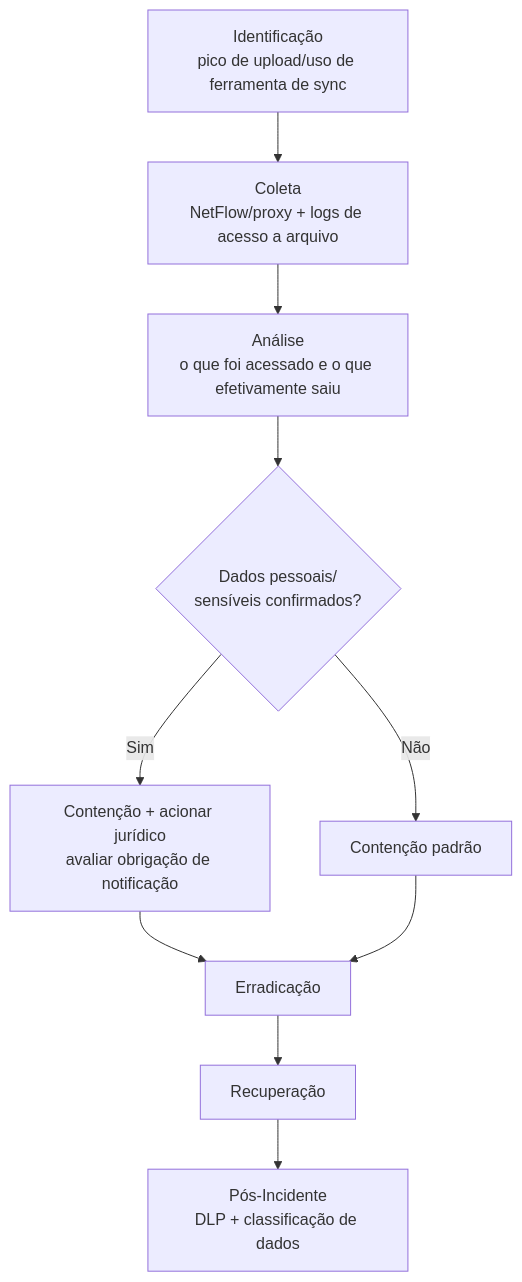
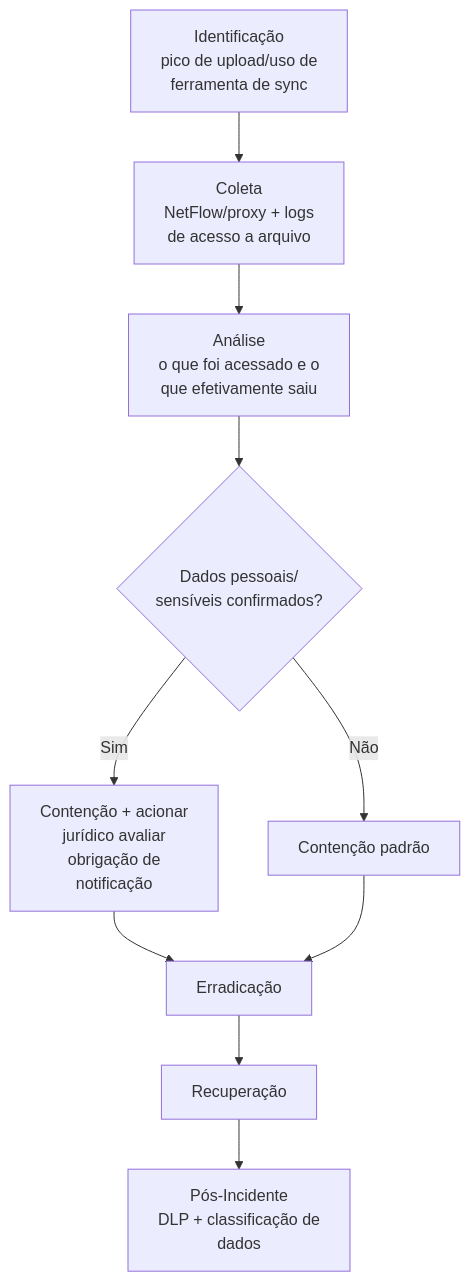
The diagram in Attack-Categories/Data-Exfiltration/README.md (LuucasVerdun/Cyber-Attack-Analysis-Framework), drawn with Mermaid before and after one commit. The commit also changed 28 other files, not shown here.

````diff
--- a/Attack-Categories/Data-Exfiltration/README.md
+++ b/Attack-Categories/Data-Exfiltration/README.md
@@ -47,12 +47,12 @@
 ```mermaid
 flowchart TD
-    A[Identificação<br/>pico de upload/uso de ferramenta de sync] --> B[Coleta<br/>NetFlow/proxy + logs de acesso a arquivo]
-    B --> C[Análise<br/>o que foi acessado e o que efetivamente saiu]
+    A[Identificação<br/>pico de upload/uso de<br/>ferramenta de sync] --> B[Coleta<br/>NetFlow/proxy + logs<br/>de acesso a arquivo]
+    B --> C[Análise<br/>o que foi acessado e o<br/>que efetivamente saiu]
     C --> D{Dados pessoais/<br/>sensíveis confirmados?}
-    D -->|Sim| E[Contenção + acionar jurídico<br/>avaliar obrigação de notificação]
+    D -->|Sim| E[Contenção + acionar<br/>jurídico avaliar<br/>obrigação de<br/>notificação]
     D -->|Não| F[Contenção padrão]
     E --> G[Erradicação]
     F --> G
     G --> H[Recuperação]
-    H --> I[Pós-Incidente<br/>DLP + classificação de dados]
+    H --> I[Pós-Incidente<br/>DLP + classificação de<br/>dados]
 ```
````
